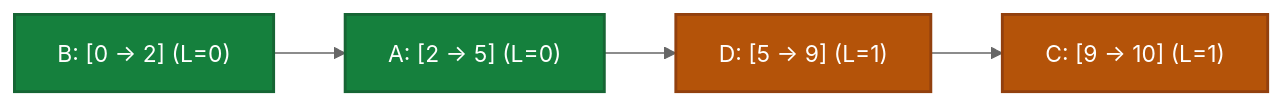
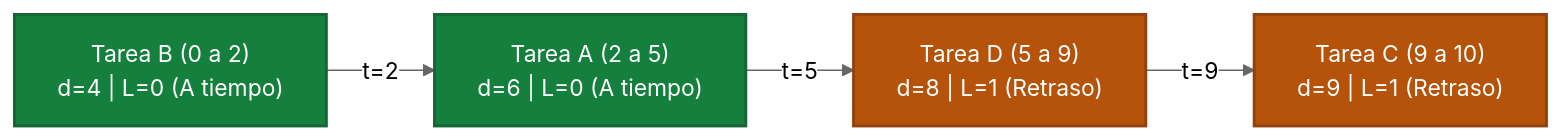
The sixth of 30 diagrams in guia_tda_parciales.md (nbrian96/tda-2C2026-material), drawn with Mermaid (neutral theme) before and after one commit. The commit also changed 13 other files, not shown here.

Commit message:
fix(visual): corregir diagrama Mermaid de cronograma EDF y colapsar soluciones por defecto

````diff
--- a/guia_tda_parciales.md
+++ b/guia_tda_parciales.md
@@ -982,6 +982,10 @@
 ```mermaid
-graph LR
-    B["B: [0 -> 2] (L=0)"]:::ontime --> A["A: [2 -> 5] (L=0)"]:::ontime --> D["D: [5 -> 9] (L=1)"]:::late --> C["C: [9 -> 10] (L=1)"]:::late
+flowchart LR
+    B["Tarea B (0 a 2)<br/>d=4 | L=0 (A tiempo)"] -->|t=2| A["Tarea A (2 a 5)<br/>d=6 | L=0 (A tiempo)"]
+    A -->|t=5| D["Tarea D (5 a 9)<br/>d=8 | L=1 (Retraso)"]
+    D -->|t=9| C["Tarea C (9 a 10)<br/>d=9 | L=1 (Retraso)"]
     classDef ontime fill:#15803d,stroke:#166534,stroke-width:2px,color:#fff
     classDef late fill:#b45309,stroke:#92400e,stroke-width:2px,color:#fff
+    class B,A ontime
+    class D,C late
 ```
````
